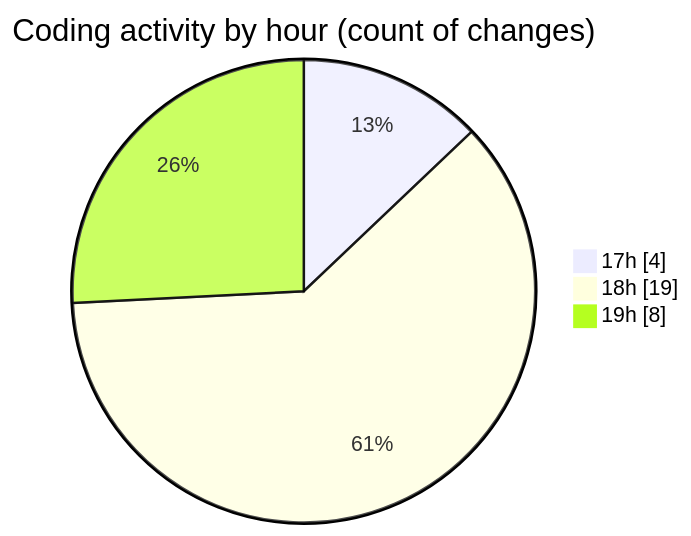
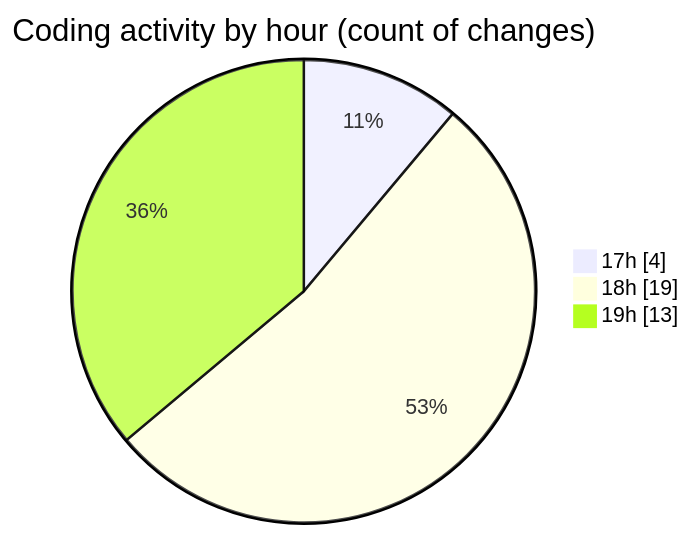
The second of 2 diagrams in 2025-03-18/myws__workspace_/README.md (MatusMokan/code-tracking), drawn with Mermaid before and after one commit. The commit also changed other lines of this file and 1 other file, not shown here.

````diff
--- a/2025-03-18/myws__workspace_/README.md
+++ b/2025-03-18/myws__workspace_/README.md
@@ -30,7 +30,7 @@
 ```mermaid
 pie showData
 title Coding activity by hour (count of changes)
 "17h" : 4
 "18h" : 19
-"19h" : 8
+"19h" : 13
 ```
````
